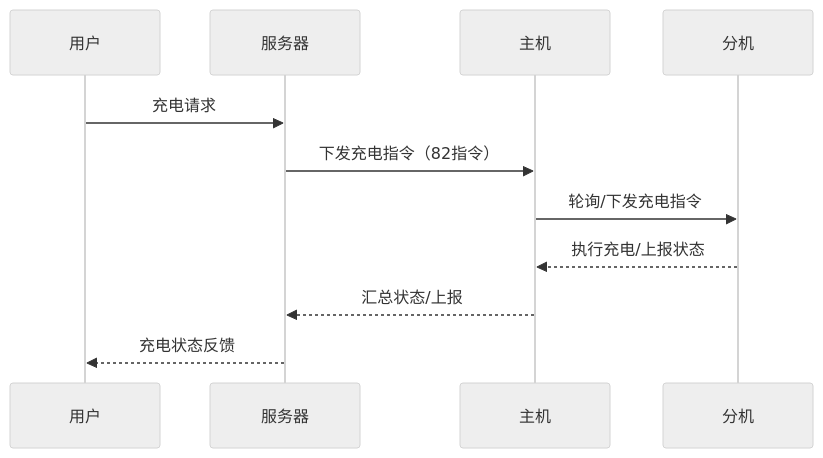
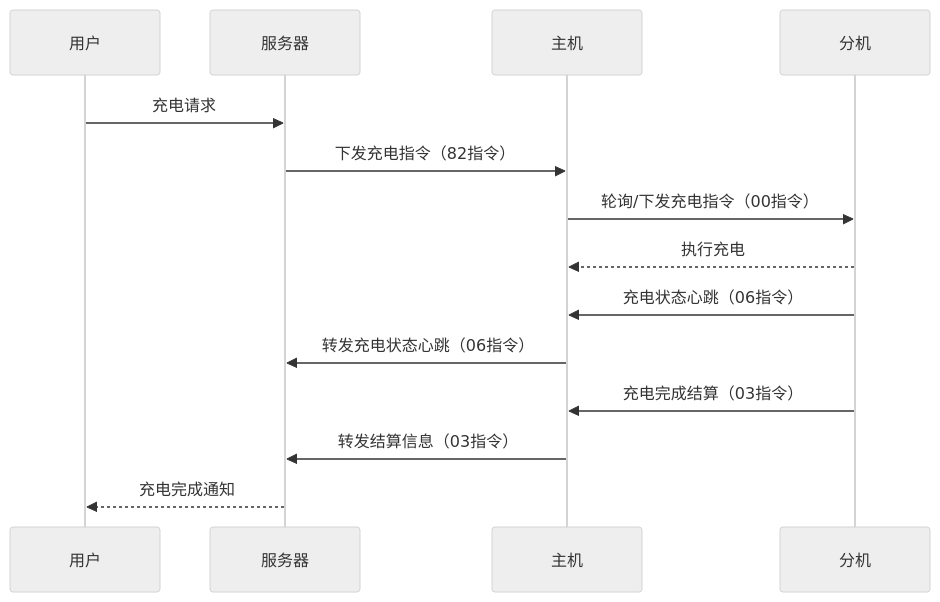
Diagram 14 of 17 in docs/iot_master_slave_architecture_all.md (taoyao-code/iot-zinx), drawn with Mermaid (neutral theme) before and after one commit. The commit also changed other lines of this file and 7 other files, not shown here.

````diff
--- a/docs/iot_master_slave_architecture_all.md
+++ b/docs/iot_master_slave_architecture_all.md
@@ -166,14 +336,17 @@
 ```mermaid
 sequenceDiagram
     participant U as 用户
     participant S as 服务器
     participant M as 主机
     participant F as 分机
     U->>S: 充电请求
     S->>M: 下发充电指令（82指令）
-    M->>F: 轮询/下发充电指令
-    F-->>M: 执行充电/上报状态
-    M-->>S: 汇总状态/上报
-    S-->>U: 充电状态反馈
+    M->>F: 轮询/下发充电指令（00指令）
+    F-->>M: 执行充电
+    F->>M: 充电状态心跳（06指令）
+    M->>S: 转发充电状态心跳（06指令）
+    F->>M: 充电完成结算（03指令）
+    M->>S: 转发结算信息（03指令）
+    S-->>U: 充电完成通知
     %% 说明：充电过程涉及多方消息交互，需保证一致性
 ```
````
